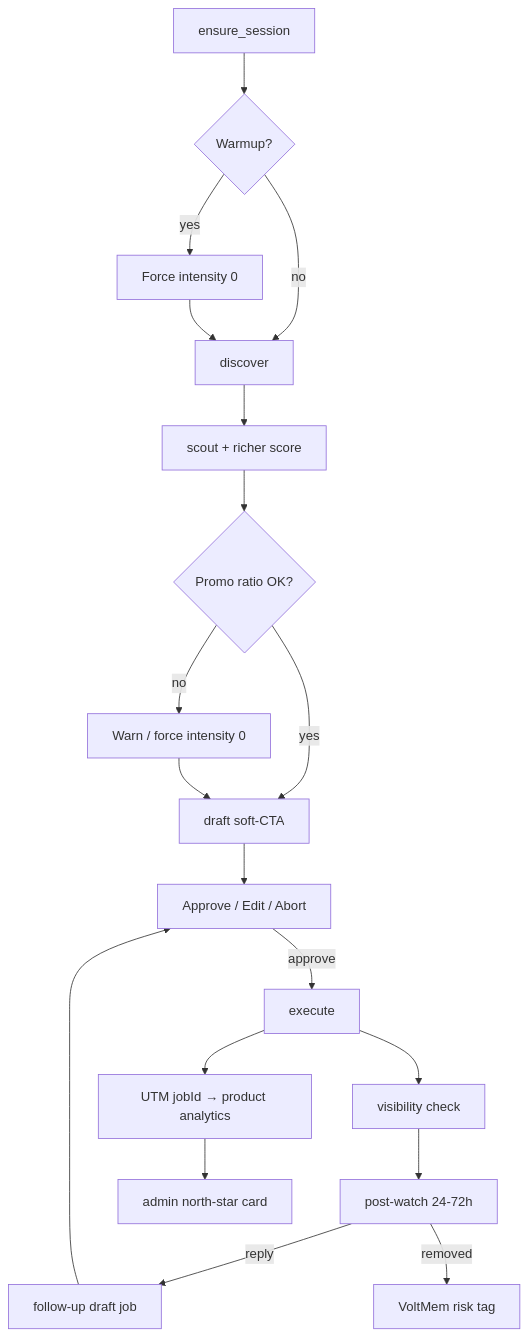
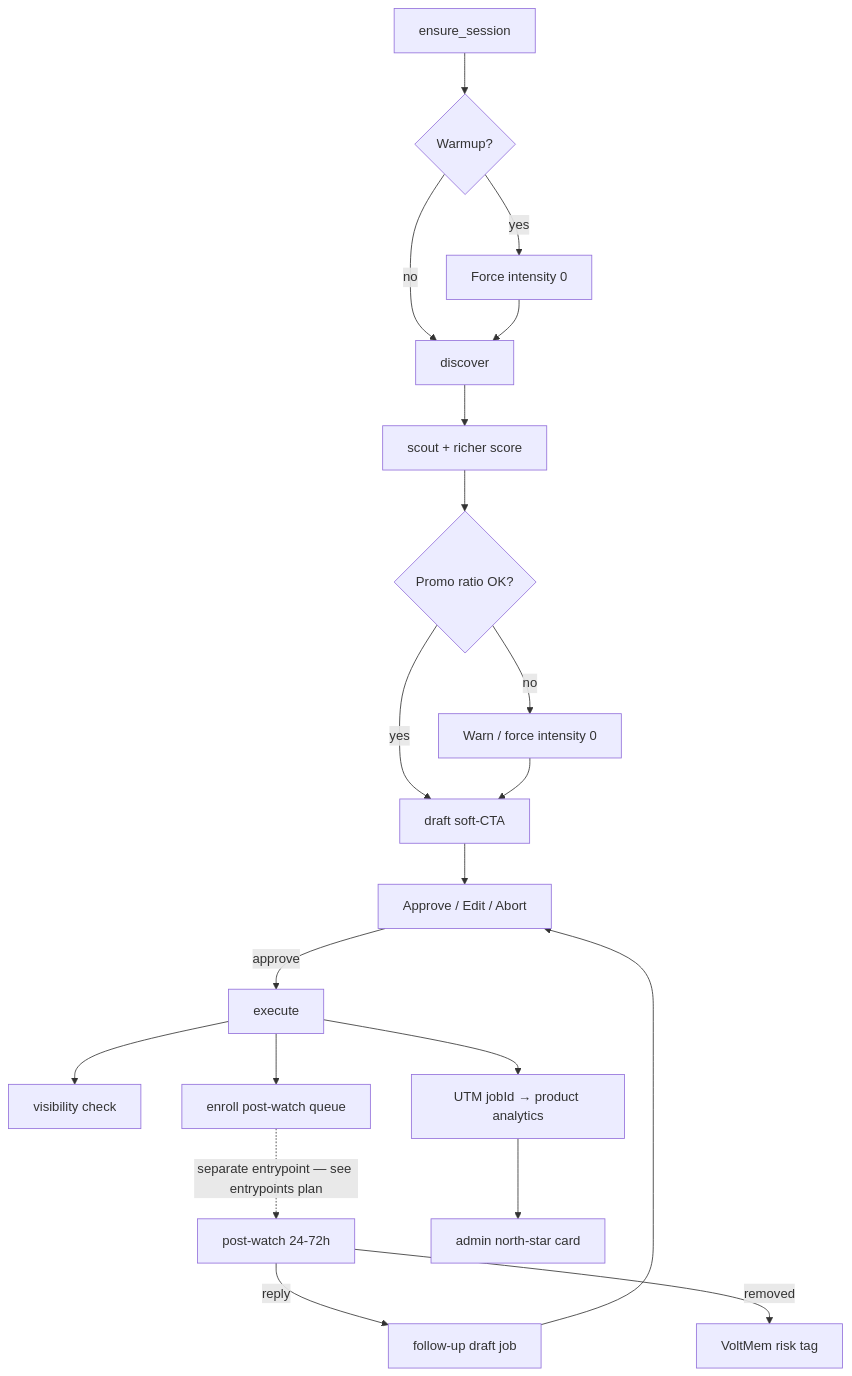
One commit to Rouche01/relay-os changed the diagram in .cursor/plans/community_engager_authority_metrics.plan.md. Above: the diagram before and after it, drawn with Mermaid. The commit also changed other lines of this file and 13 other files, not shown here.

Commit message:
chore: implement post-watch functionality in CommunityEngager, adding configuration options for monitoring live posts, updating related logic in the controller, and enhancing documentation in README.md and config files

````diff
--- a/.cursor/plans/community_engager_authority_metrics.plan.md
+++ b/.cursor/plans/community_engager_authority_metrics.plan.md
@@ -149,21 +152,22 @@
 ```mermaid
 flowchart TD
   Ens[ensure_session] --> Warm{Warmup?}
   Warm -->|yes| HelpOnly[Force intensity 0]
   Warm -->|no| Disco[discover]
   HelpOnly --> Disco
   Disco --> Scout[scout + richer score]
   Scout --> Ratio{Promo ratio OK?}
   Ratio -->|no| WarnHITL[Warn / force intensity 0]
   Ratio -->|yes| Draft[draft soft-CTA]
   WarnHITL --> Draft
   Draft --> Gate[Approve / Edit / Abort]
   Gate -->|approve| Exec[execute]
   Exec --> Vis[visibility check]
-  Vis --> Watch[post-watch 24-72h]
+  Exec --> Enroll[enroll post-watch queue]
+  Enroll -.->|separate entrypoint — see entrypoints plan| Watch[post-watch 24-72h]
   Watch -->|reply| Follow[follow-up draft job]
   Watch -->|removed| Mem[VoltMem risk tag]
   Follow --> Gate
   Exec --> Attr[UTM jobId → product analytics]
   Attr --> Admin[admin north-star card]
 ```
````
